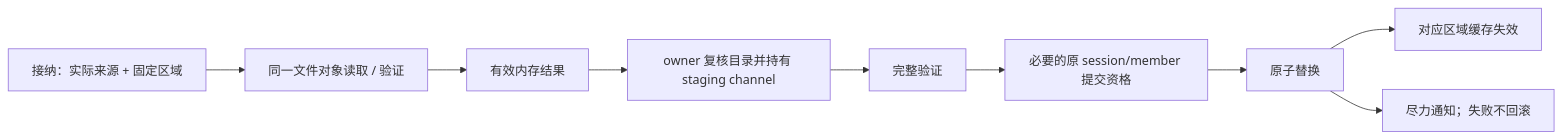
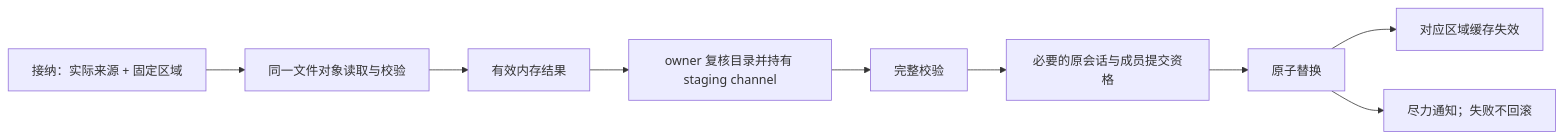
Before and after one commit to YesSteveModel/YesSteveModel: the diagram in docs/architecture/model-management/storage/overview.md, drawn with Mermaid. The commit also changed other lines of this file and 1109 other files, not shown here.

````diff
--- a/docs/architecture/model-management/storage/overview.md
+++ b/docs/architecture/model-management/storage/overview.md
@@ -41,11 +43,11 @@
 ```mermaid
 flowchart LR
-    Accepted["接纳：实际来源 + 固定区域"] --> Read["同一文件对象读取 / 验证"]
+    Accepted["接纳：实际来源 + 固定区域"] --> Read["同一文件对象读取与校验"]
     Read --> Memory["有效内存结果"]
     Memory --> Stage["owner 复核目录并持有 staging channel"]
-    Stage --> Validate["完整验证"]
-    Validate --> Gate["必要的原 session/member 提交资格"]
+    Stage --> Validate["完整校验"]
+    Validate --> Gate["必要的原会话与成员提交资格"]
     Gate --> Commit["原子替换"]
     Commit --> Invalidate["对应区域缓存失效"]
     Commit --> Notify["尽力通知；失败不回滚"]
 ```
````
